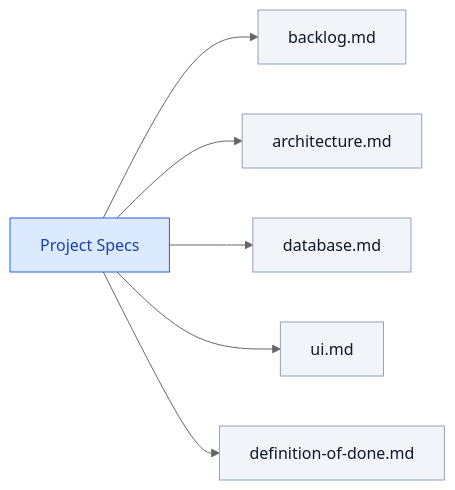
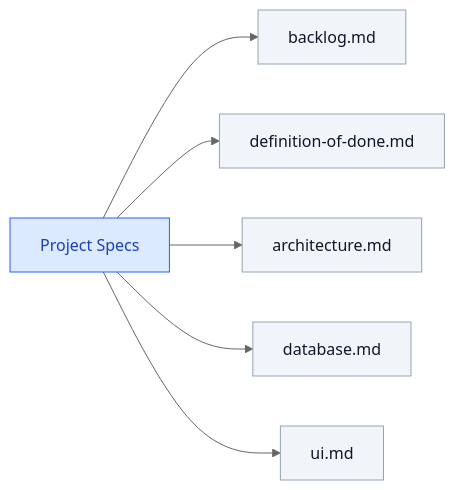
Before and after one commit to mtov/AgileSpec: the third of 8 diagrams in README.md, drawn with Mermaid (neutral theme). The commit also changed other lines of this file, not shown here.

````diff
--- a/README.md
+++ b/README.md
@@ -122,16 +122,16 @@
 ```mermaid
 flowchart LR
     P["Project Specs"]
 
     P --> B["backlog.md"]
+    P --> F["definition-of-done.md"]
     P --> A["architecture.md"]
     P --> D["database.md"]
     P --> U["ui.md"]
-    P --> F["definition-of-done.md"]
 
     classDef root fill:#dbeafe,stroke:#2563eb,color:#1e40af
     classDef doc fill:#f1f5f9,stroke:#94a3b8,color:#0f172a
 
     class P root
     class B,A,D,U,F doc
 ```
````
